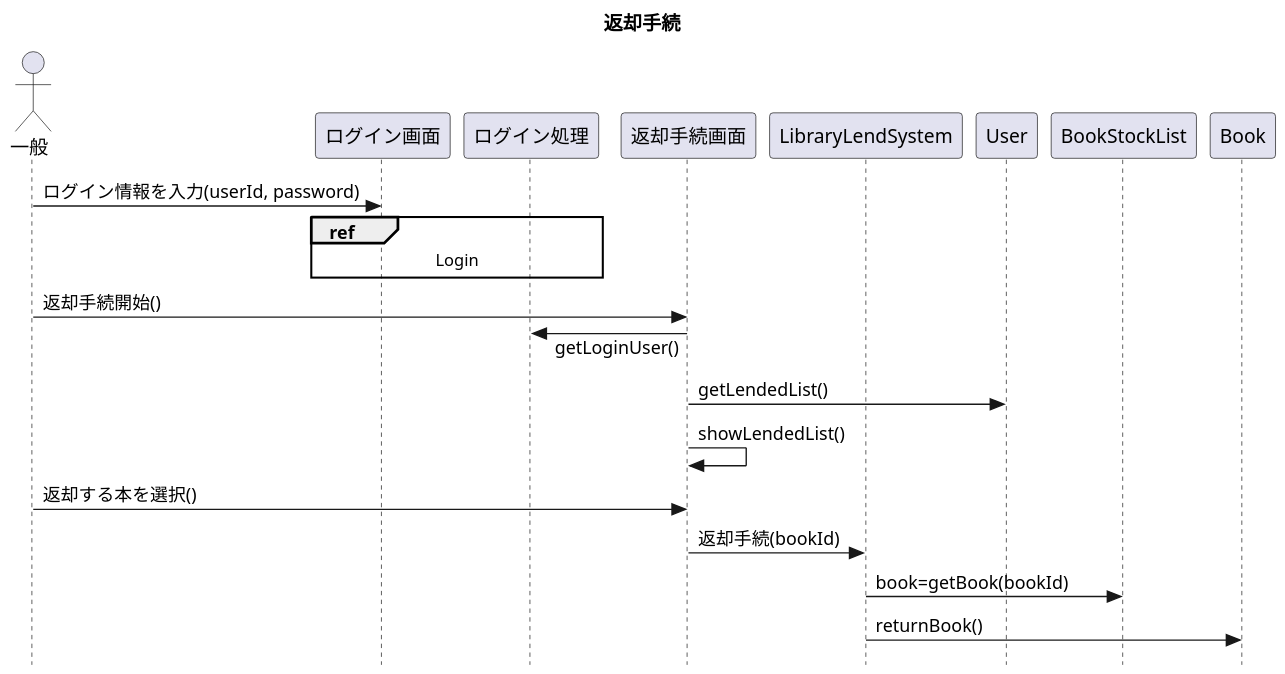
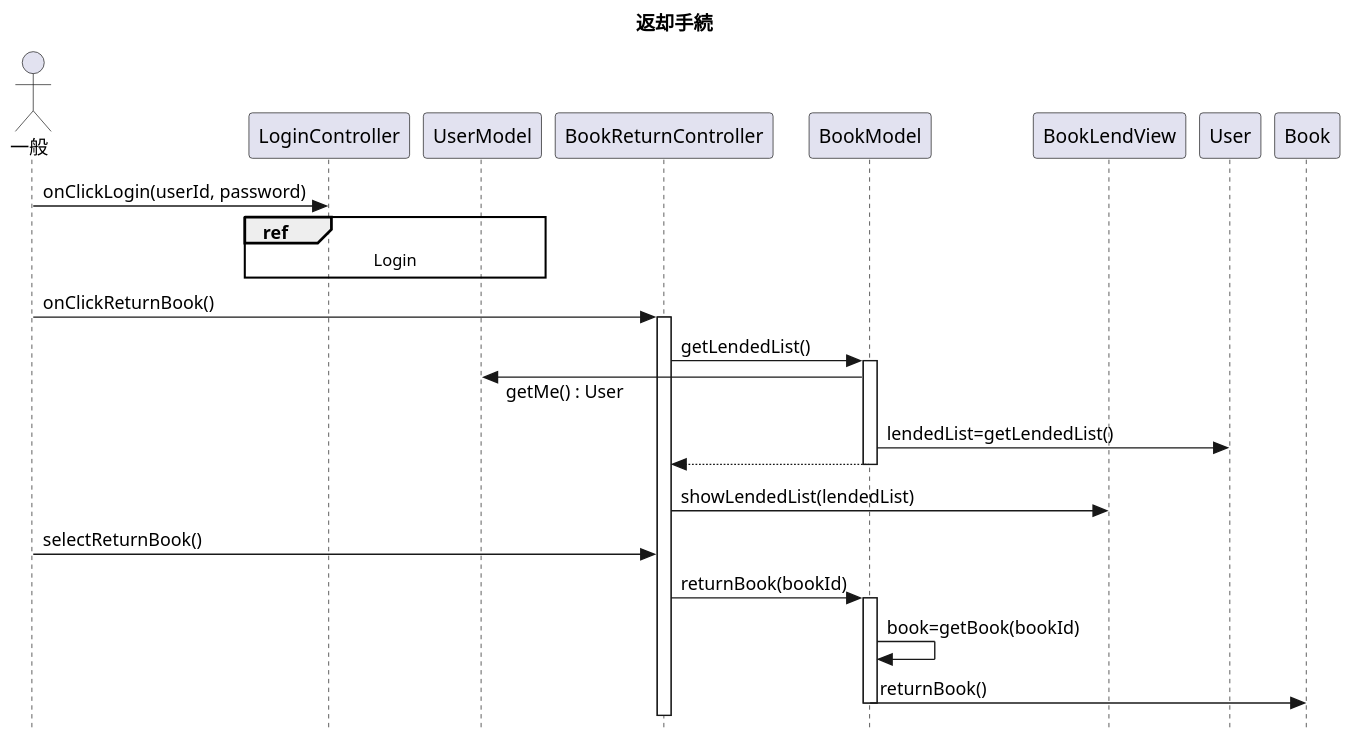
One commit to Romira915/AdvancedSoftwareEngineering3-Task changed the fourth of 7 diagrams in sequence.pu. Above: the diagram before and after it, drawn with PlantUML. The commit also changed other lines of this file and 1 other file, not shown here.

```diff
--- a/sequence.pu
+++ b/sequence.pu
@@ -118,29 +131,41 @@
 @startuml 返却手続
 
 title 返却手続
 skinparam dpi 150
 skinparam responseMessageBelowArrow true
 skinparam style strictuml
 
 actor 一般 as user
-participant ログイン画面 as LoginDisplay
-participant ログイン処理 as LoginProcess
-participant 返却手続画面 as LendingDisplay
-participant LibraryLendSystem
+participant LoginController
+participant UserModel
+participant BookReturnController
+participant BookModel
+participant BookLendView
 participant User
 
-user -> LoginDisplay : ログイン情報を入力(userId, password)
-ref over LoginDisplay, LoginProcess : Login
+user -> LoginController : onClickLogin(userId, password)
+ref over UserModel, LoginController : Login
 
-user -> LendingDisplay : 返却手続開始()
-LoginProcess <- LendingDisplay : getLoginUser()
+user -> BookReturnController : onClickReturnBook()
 
-LendingDisplay -> User : getLendedList()
-LendingDisplay -> LendingDisplay : showLendedList()
+activate BookReturnController
+BookReturnController -> BookModel : getLendedList()
 
-user -> LendingDisplay : 返却する本を選択()
-LendingDisplay -> LibraryLendSystem : 返却手続(bookId)
-LibraryLendSystem -> BookStockList : book=getBook(bookId)
-LibraryLendSystem -> Book : returnBook()
+activate BookModel
+UserModel <- BookModel : getMe() : User
+
+BookModel -> User : lendedList=getLendedList()
+BookReturnController <-- BookModel
+deactivate BookModel
+
+BookReturnController -> BookLendView : showLendedList(lendedList)
+
+user -> BookReturnController : selectReturnBook()
+BookReturnController -> BookModel : returnBook(bookId)
+
+activate BookModel
+BookModel -> BookModel : book=getBook(bookId)
+BookModel -> Book : returnBook()
+deactivate BookModel
 
 @enduml
```
